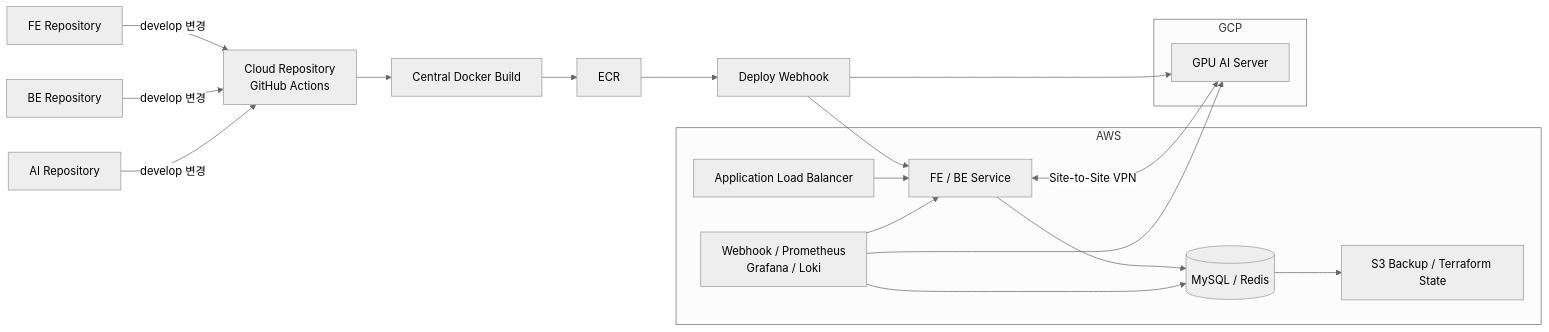
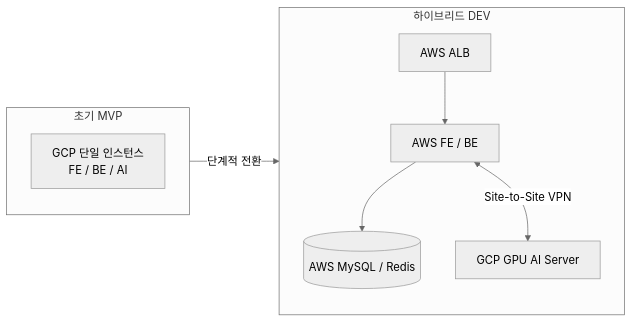
Before and after one commit to j5hjun/j5hjun: the first of 2 diagrams in project/careerbee-cloud.md, drawn with Mermaid (neutral theme). The commit also changed other lines of this file and 4 other files, not shown here.

````diff
--- a/project/careerbee-cloud.md
+++ b/project/careerbee-cloud.md
@@ -39,32 +37,19 @@
 ```mermaid
 flowchart LR
-    FE[FE Repository] -->|develop 변경| Actions[Cloud Repository<br/>GitHub Actions]
-    BE[BE Repository] -->|develop 변경| Actions
-    AIRepo[AI Repository] -->|develop 변경| Actions
-
-    Actions --> Build[Central Docker Build]
-    Build --> ECR[ECR]
-    ECR --> Deploy[Deploy Webhook]
-
-    subgraph AWS
-        ALB[Application Load Balancer]
-        Service[FE / BE Service]
-        DB[(MySQL / Redis)]
-        Infra[Webhook / Prometheus<br/>Grafana / Loki]
-        S3[S3 Backup / Terraform State]
+    subgraph Before[초기 MVP]
+        GCPAll[GCP 단일 인스턴스<br/>FE / BE / AI]
     end
 
-    subgraph GCP
-        AI[GPU AI Server]
+    subgraph After[하이브리드 DEV]
+        ALB[AWS ALB]
+        App[AWS FE / BE]
+        DB[(AWS MySQL / Redis)]
+        AI[GCP GPU AI Server]
+
+        ALB --> App
+        App --> DB
+        App <-->|Site-to-Site VPN| AI
     end
 
-    Deploy --> Service
-    Deploy --> AI
-    ALB --> Service
-    Service <-->|Site-to-Site VPN| AI
-    Service --> DB
-    Infra --> Service
-    Infra --> DB
-    Infra --> AI
-    DB --> S3
+    Before -->|단계적 전환| After
 ```
````
